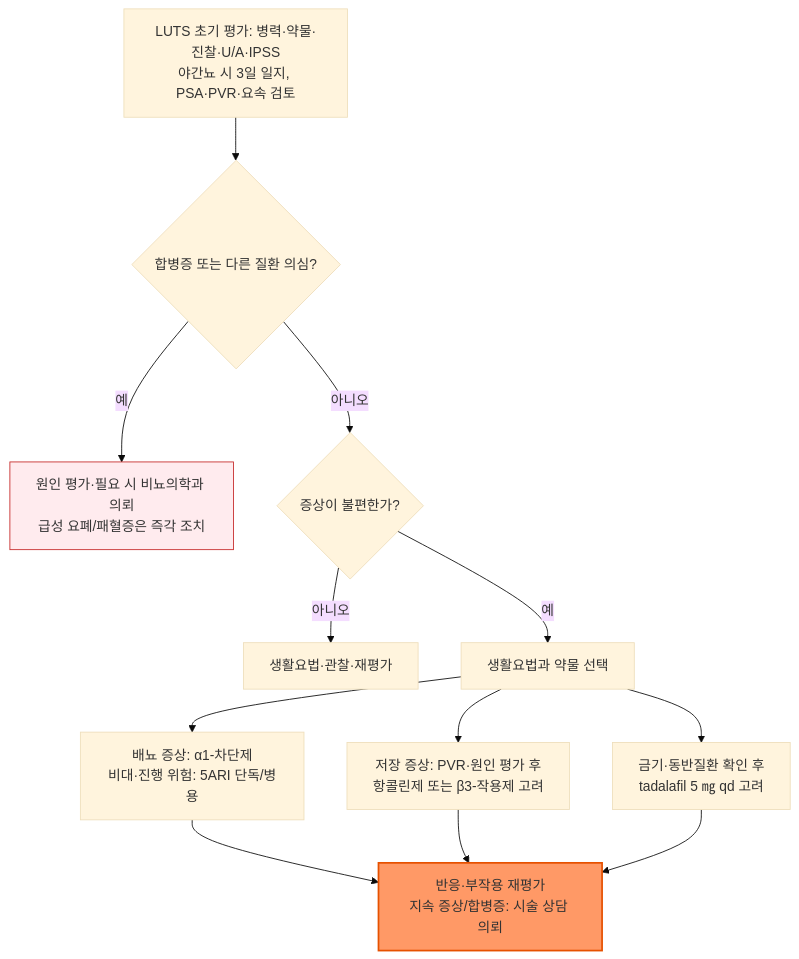
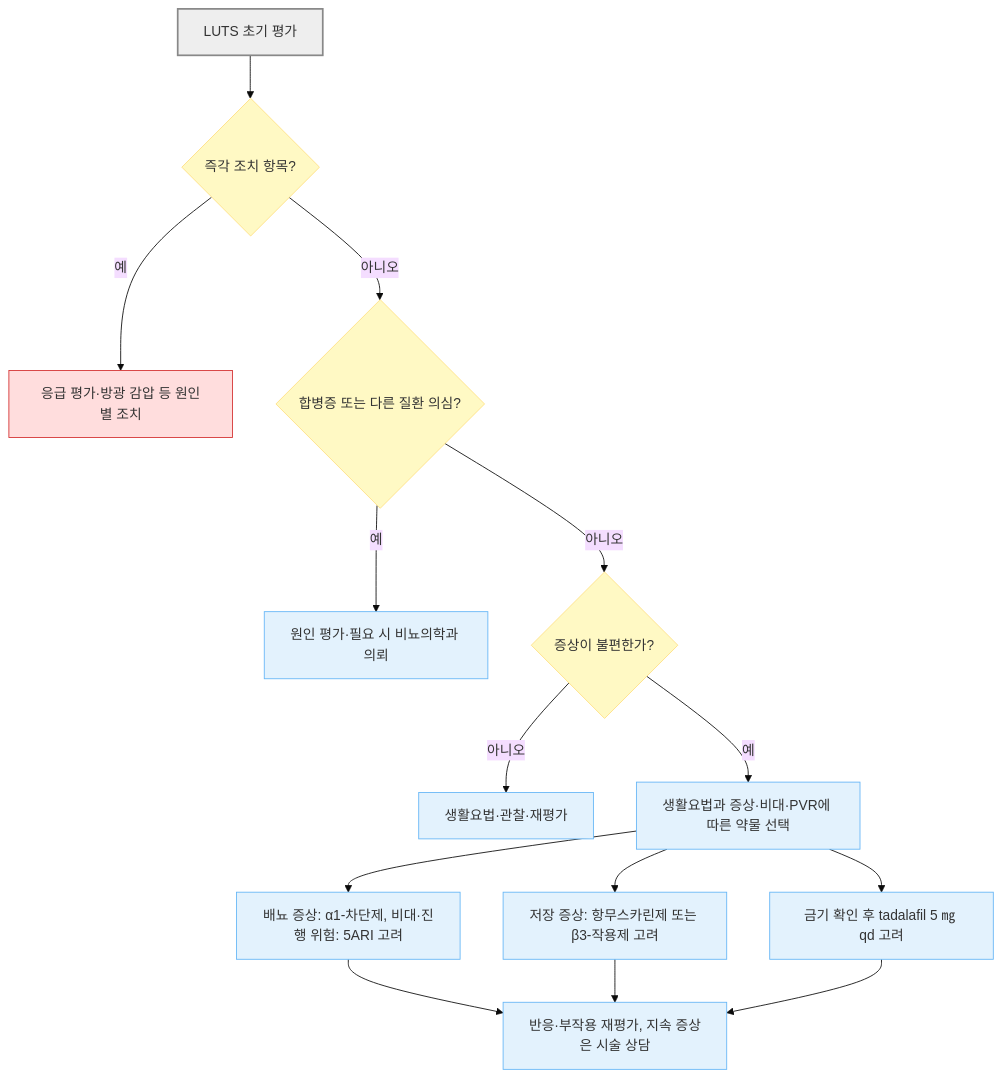
Before and after one commit to familyoh77/familyoh77: the second of 2 diagrams in 227_/124_-bph.md, drawn with Mermaid (base theme). The commit also changed other lines of this file and 10 other files, not shown here.

````diff
--- a/227_/124_-bph.md
+++ b/227_/124_-bph.md
@@ -175,16 +179,24 @@
 ```mermaid
-graph TD
-    A["LUTS 초기 평가: 병력·약물·진찰·U/A·IPSS<br/>야간뇨 시 3일 일지, PSA·PVR·요속 검토"] --> B{"합병증 또는 다른 질환 의심?"}
-    B -->|예| C["원인 평가·필요 시 비뇨의학과 의뢰<br/>급성 요폐/패혈증은 즉각 조치"]
-    B -->|아니오| D{"증상이 불편한가?"}
-    D -->|아니오| E["생활요법·관찰·재평가"]
-    D -->|예| F["생활요법과 약물 선택"]
-    F --> G["배뇨 증상: α1-차단제<br/>비대·진행 위험: 5ARI 단독/병용"]
-    F --> H["저장 증상: PVR·원인 평가 후<br/>항콜린제 또는 β3-작용제 고려"]
-    F --> I["금기·동반질환 확인 후<br/>tadalafil 5 ㎎ qd 고려"]
-    G --> J["반응·부작용 재평가<br/>지속 증상/합병증: 시술 상담 의뢰"]
-    H --> J
-    I --> J
-    style C fill:#ffebee,stroke:#c62828
-    style J fill:#f96,stroke:#e65100,stroke-width:2px
+flowchart TD
+    A["LUTS 초기 평가"] --> B{"즉각 조치 항목?"}
+    B -- "예" --> C["응급 평가·방광 감압 등 원인별 조치"]
+    B -- "아니오" --> D{"합병증 또는 다른 질환 의심?"}
+    D -- "예" --> E["원인 평가·필요 시 비뇨의학과 의뢰"]
+    D -- "아니오" --> F{"증상이 불편한가?"}
+    F -- "아니오" --> G["생활요법·관찰·재평가"]
+    F -- "예" --> H["생활요법과 증상·비대·PVR에 따른 약물 선택"]
+    H --> I["배뇨 증상: α1-차단제, 비대·진행 위험: 5ARI 고려"]
+    H --> J["저장 증상: 항무스카린제 또는 β3-작용제 고려"]
+    H --> K["금기 확인 후 tadalafil 5 ㎎ qd 고려"]
+    I --> L["반응·부작용 재평가, 지속 증상은 시술 상담"]
+    J --> L
+    K --> L
+    classDef start fill:#eeeeee,stroke:#888888,stroke-width:2px
+    classDef question fill:#fff9c4,stroke:#ffe082
+    classDef emergency fill:#ffdddd,stroke:#d32f2f
+    classDef care fill:#e3f2fd,stroke:#64b5f6
+    class A start
+    class B,D,F question
+    class C emergency
+    class E,G,H,I,J,K,L care
 ```
````
